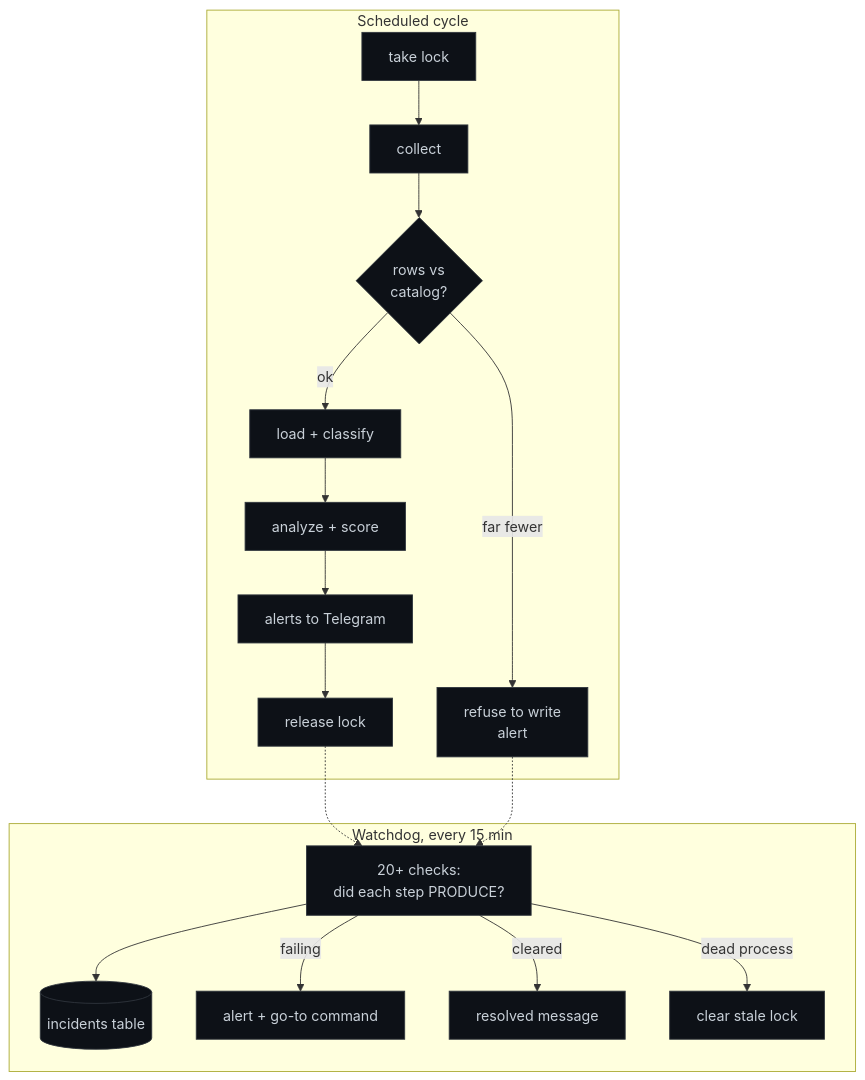
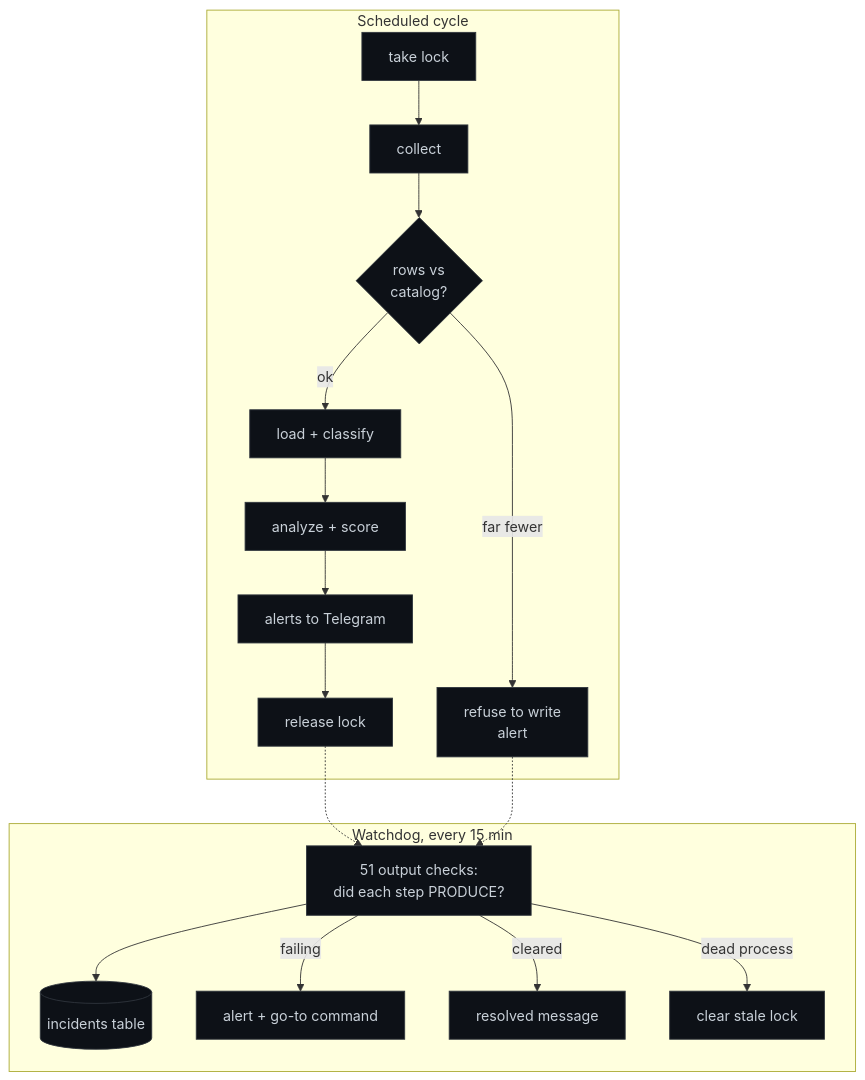
Before and after one commit to miguelmoga2002-alt/market-intelligence-agent: the second of 2 diagrams in README.md, drawn with Mermaid. The commit also changed other lines of this file and 1 other file, not shown here.

````diff
--- a/README.md
+++ b/README.md
@@ -159,18 +167,18 @@
 ```mermaid
 flowchart TD
     subgraph cycle["Scheduled cycle"]
         L["take lock"] --> SC["collect"] --> GD{"rows vs<br/>catalog?"}
         GD -- "far fewer" --> RF["refuse to write<br/>alert"]
         GD -- "ok" --> LD["load + classify"] --> AN["analyze + score"] --> AL["alerts to Telegram"] --> UL["release lock"]
     end
     subgraph wd["Watchdog, every 15 min"]
-        CK["20+ checks:<br/>did each step PRODUCE?"] --> INC[("incidents table")]
+        CK["51 output checks:<br/>did each step PRODUCE?"] --> INC[("incidents table")]
         CK -- "failing" --> TG["alert + go-to command"]
         CK -- "cleared" --> RS["resolved message"]
         CK -- "dead process" --> CL["clear stale lock"]
     end
     UL -.-> CK
     RF -.-> CK
     classDef s fill:#0d1117,stroke:#30363d,color:#c9d1d9;
     class L,SC,GD,RF,LD,AN,AL,UL,CK,INC,TG,RS,CL s;
 ```
````
